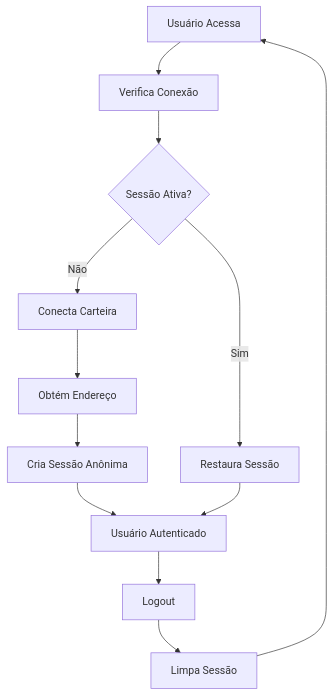
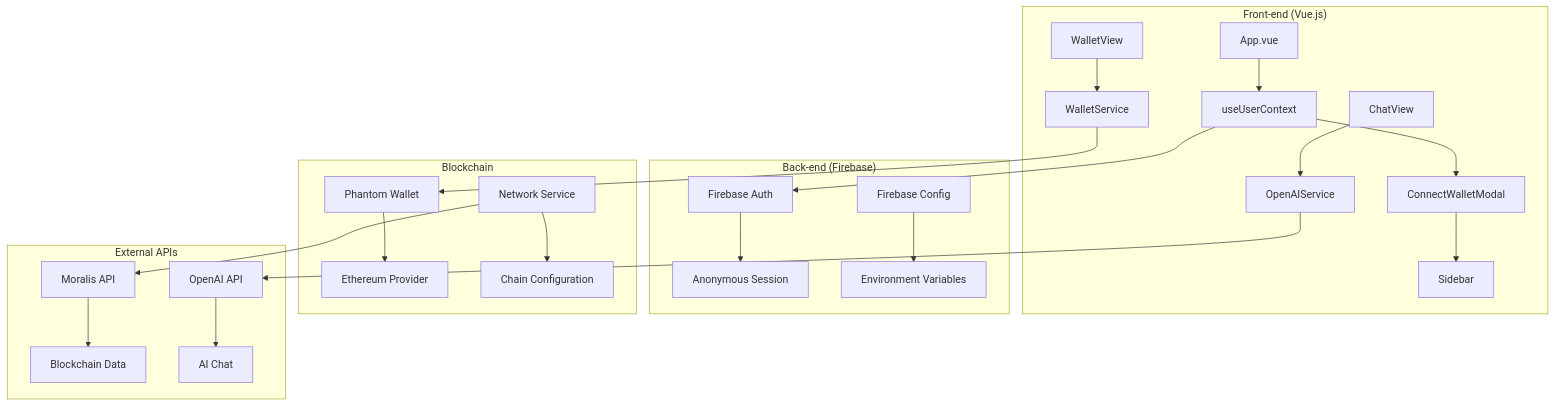
The diagram in docs/authentication-flow.md (cripto-tcc/platform), drawn with Mermaid before and after one commit. The commit also changed other lines of this file, not shown here.

````diff
--- a/docs/authentication-flow.md
+++ b/docs/authentication-flow.md
@@ -9,14 +9,30 @@
 ```mermaid
 graph TB
-    A[Usuário Acessa] --> B[Verifica Conexão]
-    B --> C{Sessão Ativa?}
-    C -->|Sim| D[Restaura Sessão]
-    C -->|Não| E[Conecta Carteira]
-    E --> F[Obtém Endereço]
-    F --> G[Cria Sessão Anônima]
-    G --> H[Usuário Autenticado]
-    D --> H
-    H --> I[Logout]
-    I --> J[Limpa Sessão]
-    J --> A
+    subgraph "Front-end (Vue.js)"
+        A[App.vue] --> B[useUserContext]
+        B --> C[ConnectWalletModal]
+        C --> D[Sidebar]
+        E[WalletView] --> F[WalletService]
+        G[ChatView] --> H[OpenAIService]
+    end
+
+    subgraph "Back-end (Firebase)"
+        I[Firebase Auth] --> J[Anonymous Session]
+        K[Firebase Config] --> L[Environment Variables]
+    end
+
+    subgraph "Blockchain"
+        M[Phantom Wallet] --> N[Ethereum Provider]
+        O[Network Service] --> P[Chain Configuration]
+    end
+
+    subgraph "External APIs"
+        Q[Moralis API] --> R[Blockchain Data]
+        S[OpenAI API] --> T[AI Chat]
+    end
+
+    B --> I
+    F --> M
+    H --> S
+    O --> Q
 ```
````
